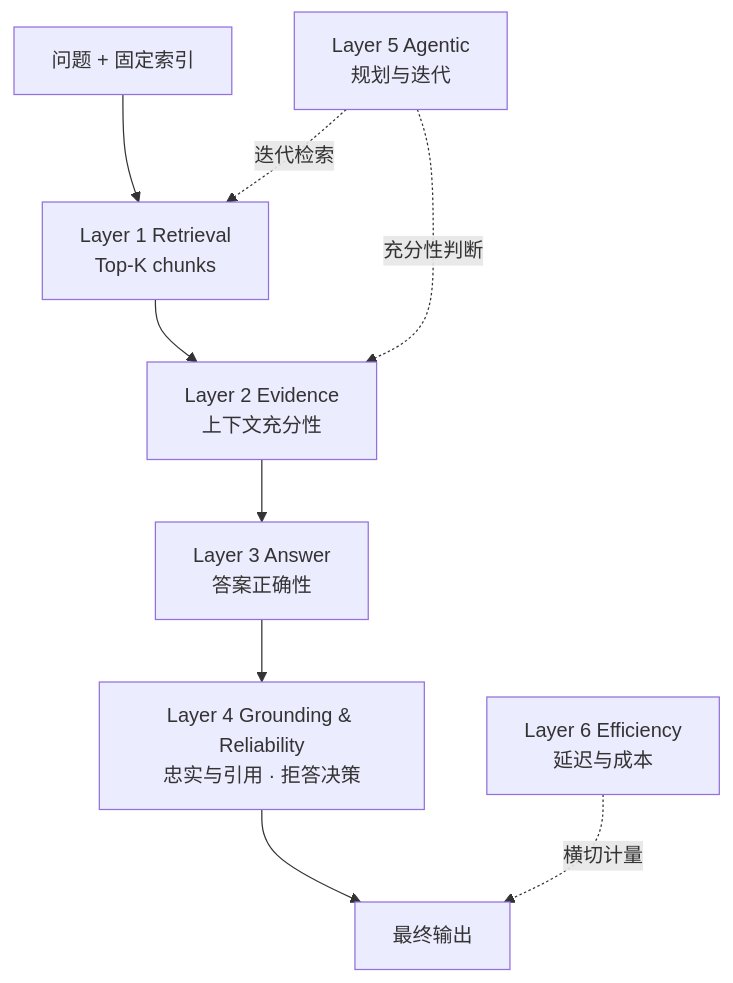
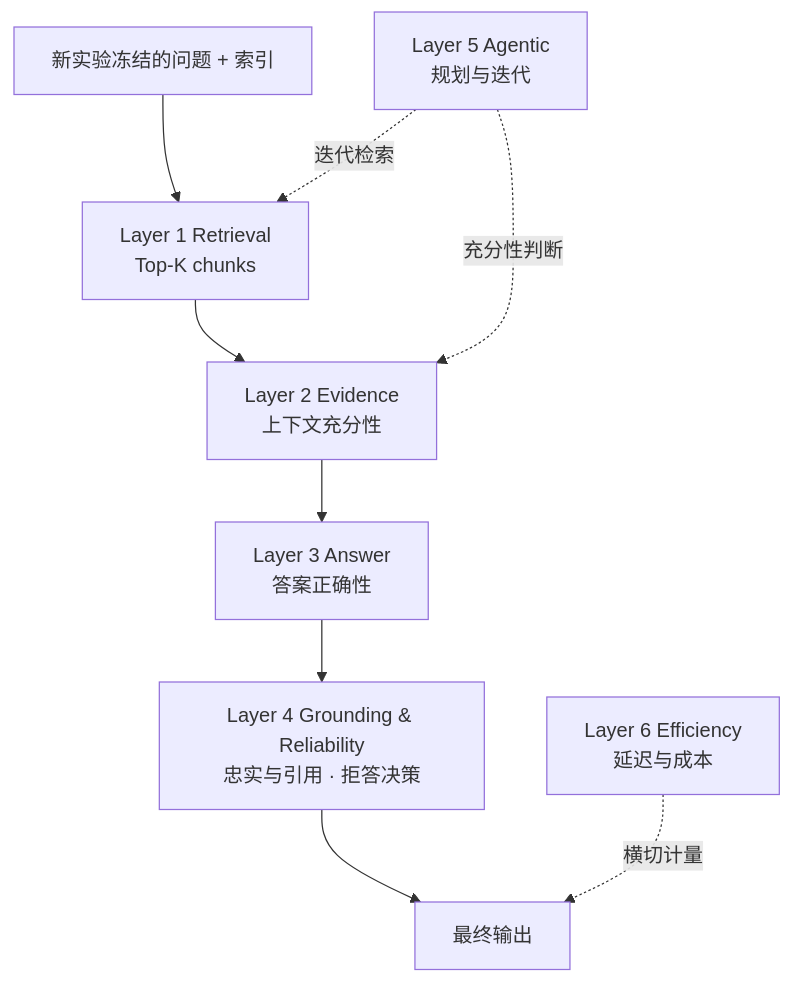
The diagram in paper/pearl-framework/PEARL-framework.md (FaxClouder/Ped-Agent), drawn with Mermaid before and after one commit. The commit also changed other lines of this file and 493 other files, not shown here.

````diff
--- a/paper/pearl-framework/PEARL-framework.md
+++ b/paper/pearl-framework/PEARL-framework.md
@@ -57,11 +62,11 @@
 ```mermaid
 flowchart TB
-    Q[问题 + 固定索引] --> L1
+    Q[新实验冻结的问题 + 索引] --> L1
     L1[Layer 1 Retrieval<br/>Top-K chunks] --> L2
     L2[Layer 2 Evidence<br/>上下文充分性] --> L3
     L3[Layer 3 Answer<br/>答案正确性] --> L4
     L4[Layer 4 Grounding &amp; Reliability<br/>忠实与引用 · 拒答决策] --> OUT[最终输出]
     L5[Layer 5 Agentic<br/>规划与迭代] -.迭代检索.-> L1
     L5 -.充分性判断.-> L2
     L6[Layer 6 Efficiency<br/>延迟与成本] -.横切计量.-> OUT
 ```
````
